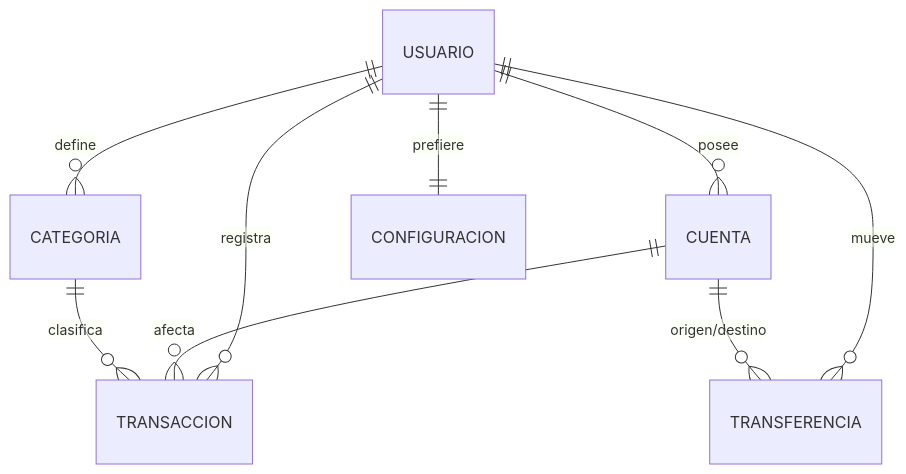
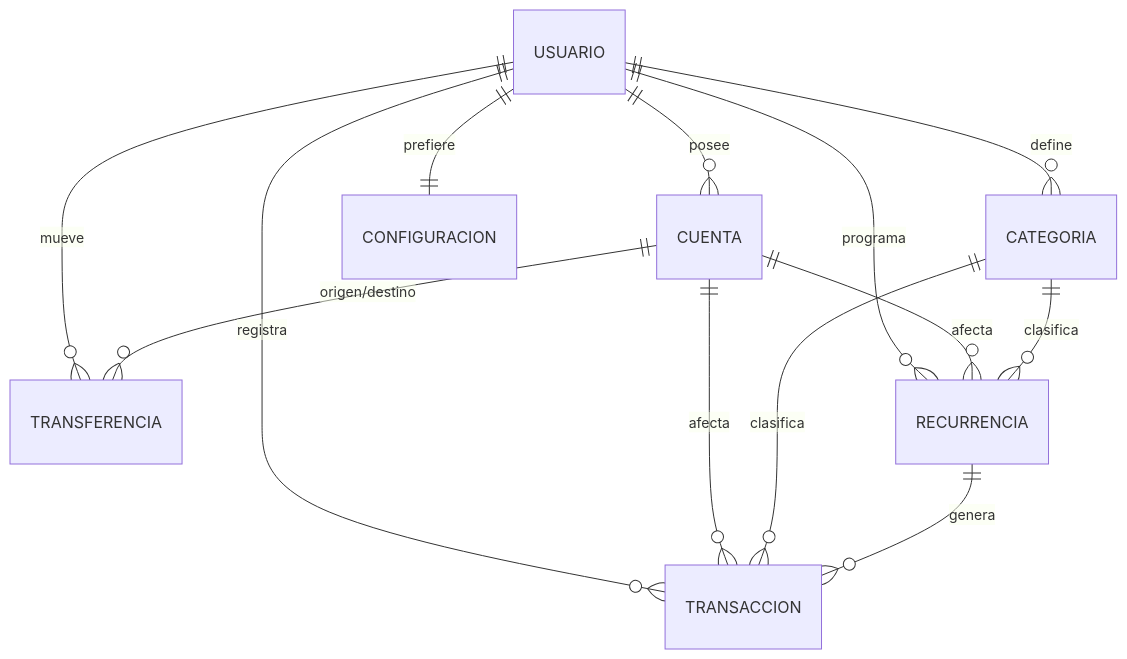
Before and after one commit to Salware-20/FinTrack: the diagram in README.md, drawn with Mermaid. The commit also changed other lines of this file and 14 other files, not shown here.

````diff
--- a/README.md
+++ b/README.md
@@ -178,11 +183,15 @@
 ```mermaid
 erDiagram
     USUARIO ||--o{ CUENTA : "posee"
     USUARIO ||--o{ CATEGORIA : "define"
     USUARIO ||--o{ TRANSACCION : "registra"
     USUARIO ||--o{ TRANSFERENCIA : "mueve"
+    USUARIO ||--o{ RECURRENCIA : "programa"
     USUARIO ||--|| CONFIGURACION : "prefiere"
     CUENTA ||--o{ TRANSACCION : "afecta"
     CATEGORIA ||--o{ TRANSACCION : "clasifica"
     CUENTA ||--o{ TRANSFERENCIA : "origen/destino"
+    CUENTA ||--o{ RECURRENCIA : "afecta"
+    CATEGORIA ||--o{ RECURRENCIA : "clasifica"
+    RECURRENCIA ||--o{ TRANSACCION : "genera"
 ```
````
